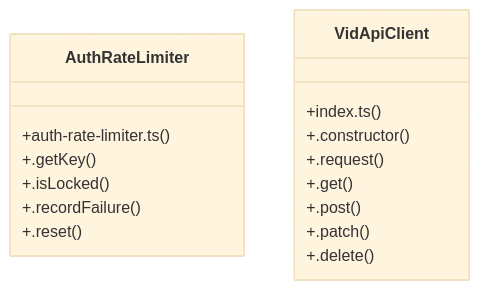
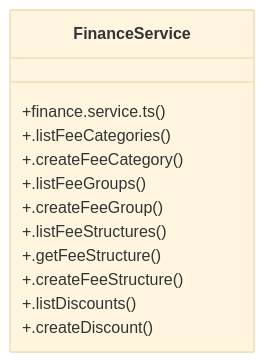
One commit to laxminivas06/vidforum changed the diagram in graphify-out/wiki/[certificateId_&_instId]_Cluster.md. Above: the diagram before and after it, drawn with Mermaid (base theme). The commit also changed other lines of this file and 118 other files, not shown here.

````diff
--- a/graphify-out/wiki/[certificateId_&_instId]_Cluster.md
+++ b/graphify-out/wiki/[certificateId_&_instId]_Cluster.md
@@ -26,19 +29,15 @@
 ```mermaid
 classDiagram
-    class AuthRateLimiter {
-        +auth-rate-limiter.ts()
-        +.getKey()
-        +.isLocked()
-        +.recordFailure()
-        +.reset()
-    }
-    class VidApiClient {
-        +index.ts()
-        +.constructor()
-        +.request()
-        +.get()
-        +.post()
-        +.patch()
-        +.delete()
+    class FinanceService {
+        +finance.service.ts()
+        +.listFeeCategories()
+        +.createFeeCategory()
+        +.listFeeGroups()
+        +.createFeeGroup()
+        +.listFeeStructures()
+        +.getFeeStructure()
+        +.createFeeStructure()
+        +.listDiscounts()
+        +.createDiscount()
     }
 ```
````
